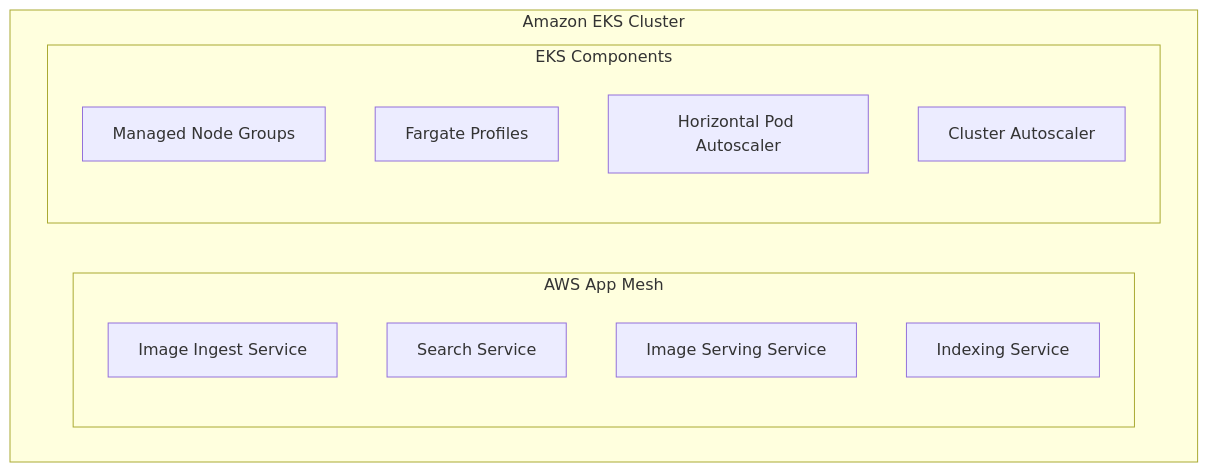
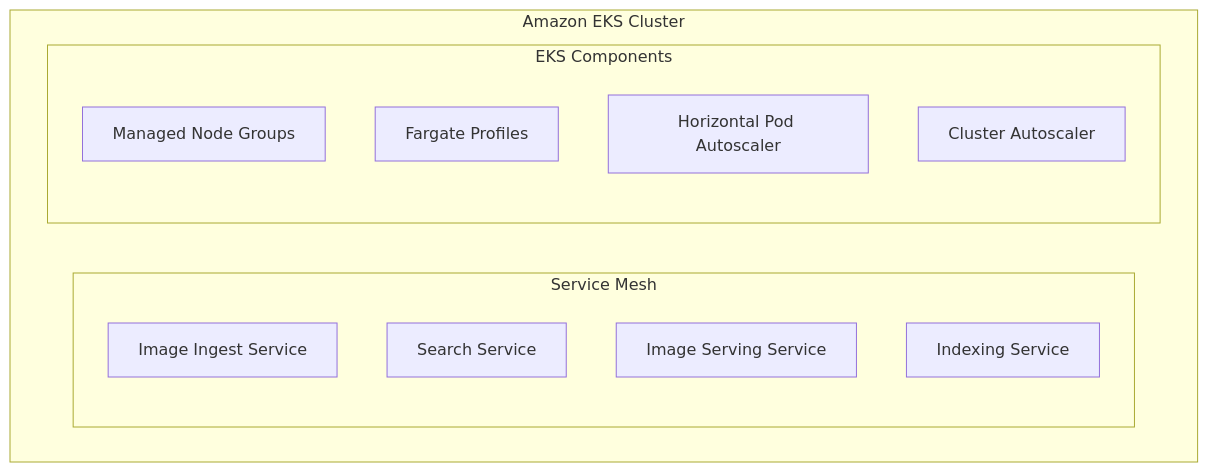
One commit to thezeeshanasghar/sandu changed the eighth of 15 diagrams in README.md. Above: the diagram before and after it, drawn with Mermaid. The commit also changed other lines of this file, not shown here.

````diff
--- a/README.md
+++ b/README.md
@@ -338,18 +354,18 @@
 ```mermaid
 flowchart TD
     subgraph EKSCluster["Amazon EKS Cluster"]
-        subgraph ServiceMesh["AWS App Mesh"]
+        subgraph ServiceMesh["Service Mesh"]
             ImageIngest["Image Ingest Service"]
             SearchService["Search Service"]
             ImageServing["Image Serving Service"]
             IndexingService["Indexing Service"]
         end
         
         subgraph EKSComponents["EKS Components"]
             NodeGroups["Managed Node Groups"]
             FargateProfiles["Fargate Profiles"]
             HPA["Horizontal Pod Autoscaler"]
             CA["Cluster Autoscaler"]
         end
     end
 ```
````
